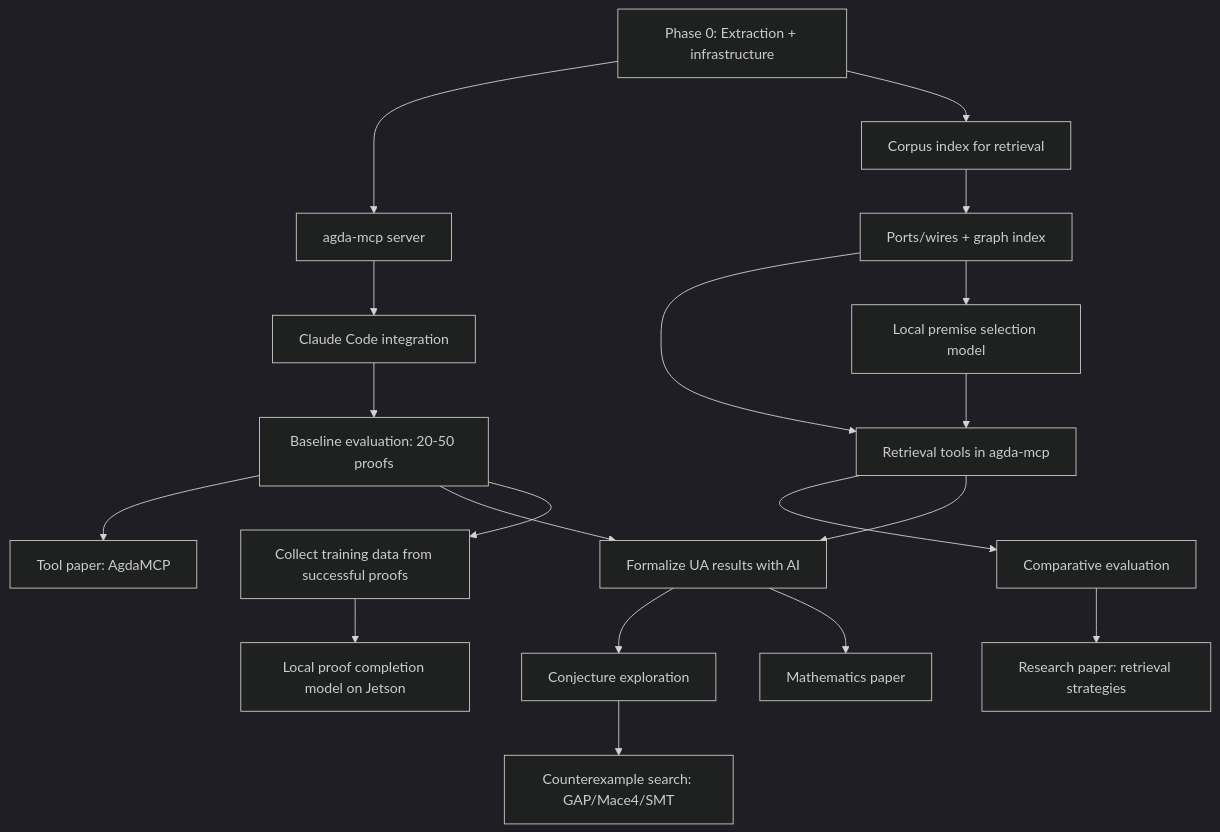
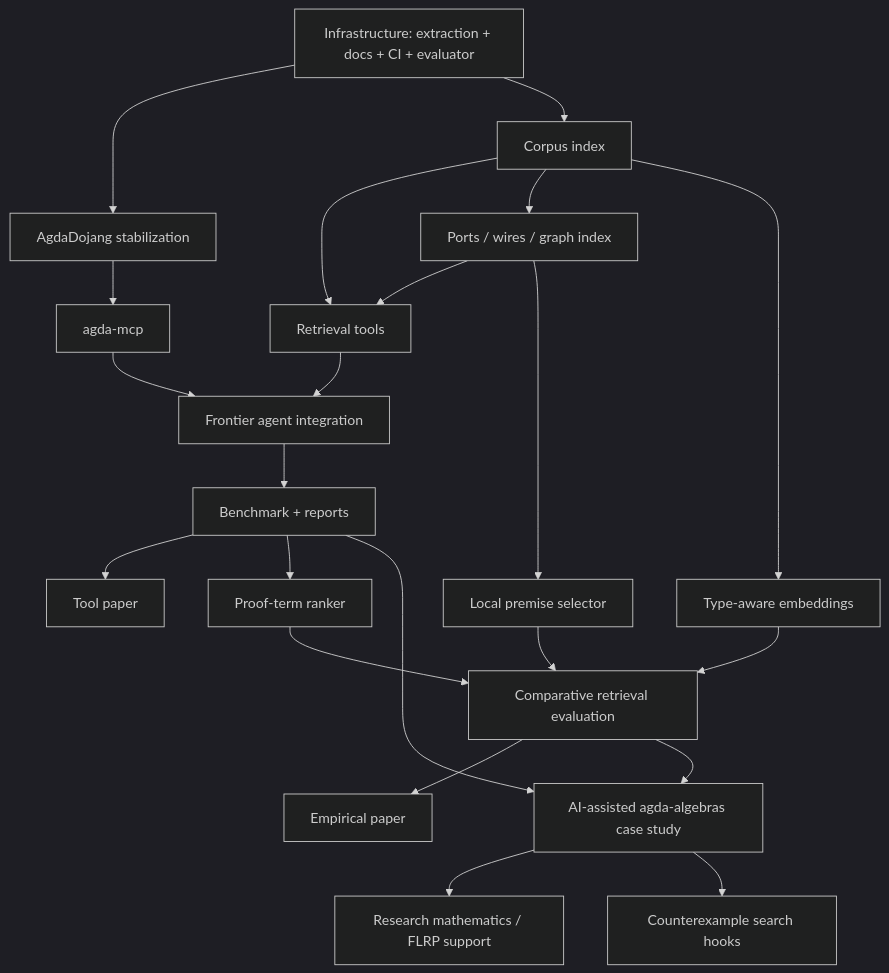
The diagram in docs/PLAN.md (formalverification/agda-native-air), drawn with Mermaid (dark theme) before and after one commit. The commit also changed other lines of this file, not shown here.

````diff
--- a/docs/PLAN.md
+++ b/docs/PLAN.md
@@ -291,26 +457,26 @@
 ```mermaid
 graph TD
-  A[Phase 0: Extraction + infrastructure] --> B[agda-mcp server]
-  A --> C[Corpus index for retrieval]
+  A[Infrastructure: extraction + docs + CI + evaluator] --> B[AgdaDojang stabilization]
+  B --> C[agda-mcp]
+  A --> D[Corpus index]
+  D --> E[Retrieval tools]
+  C --> F[Frontier agent integration]
+  E --> F
+  F --> G[Benchmark + reports]
+  G --> H[Tool paper]
 
-  B --> D[Claude Code integration]
-  D --> E[Baseline evaluation: 20-50 proofs]
-  E --> F[Tool paper: AgdaMCP]
+  D --> I[Ports / wires / graph index]
+  I --> E
+  I --> J[Local premise selector]
+  D --> K[Type-aware embeddings]
+  G --> L[Proof-term ranker]
+  J --> M[Comparative retrieval evaluation]
+  K --> M
+  L --> M
+  M --> N[Empirical paper]
 
-  C --> G[Ports/wires + graph index]
-  G --> H[Retrieval tools in agda-mcp]
-  H --> I[Comparative evaluation]
-
-  G --> J[Local premise selection model]
-  J --> H
-  I --> K[Research paper: retrieval strategies]
-
-  E --> L[Formalize UA results with AI]
-  H --> L
-  L --> M[Conjecture exploration]
-  M --> N[Counterexample search: GAP/Mace4/SMT]
-  L --> O[Mathematics paper]
-
-  E --> P[Collect training data from successful proofs]
-  P --> Q[Local proof completion model on Jetson]
+  G --> O[AI-assisted agda-algebras case study]
+  M --> O
+  O --> P[Research mathematics / FLRP support]
+  O --> Q[Counterexample search hooks]
 ```
````
